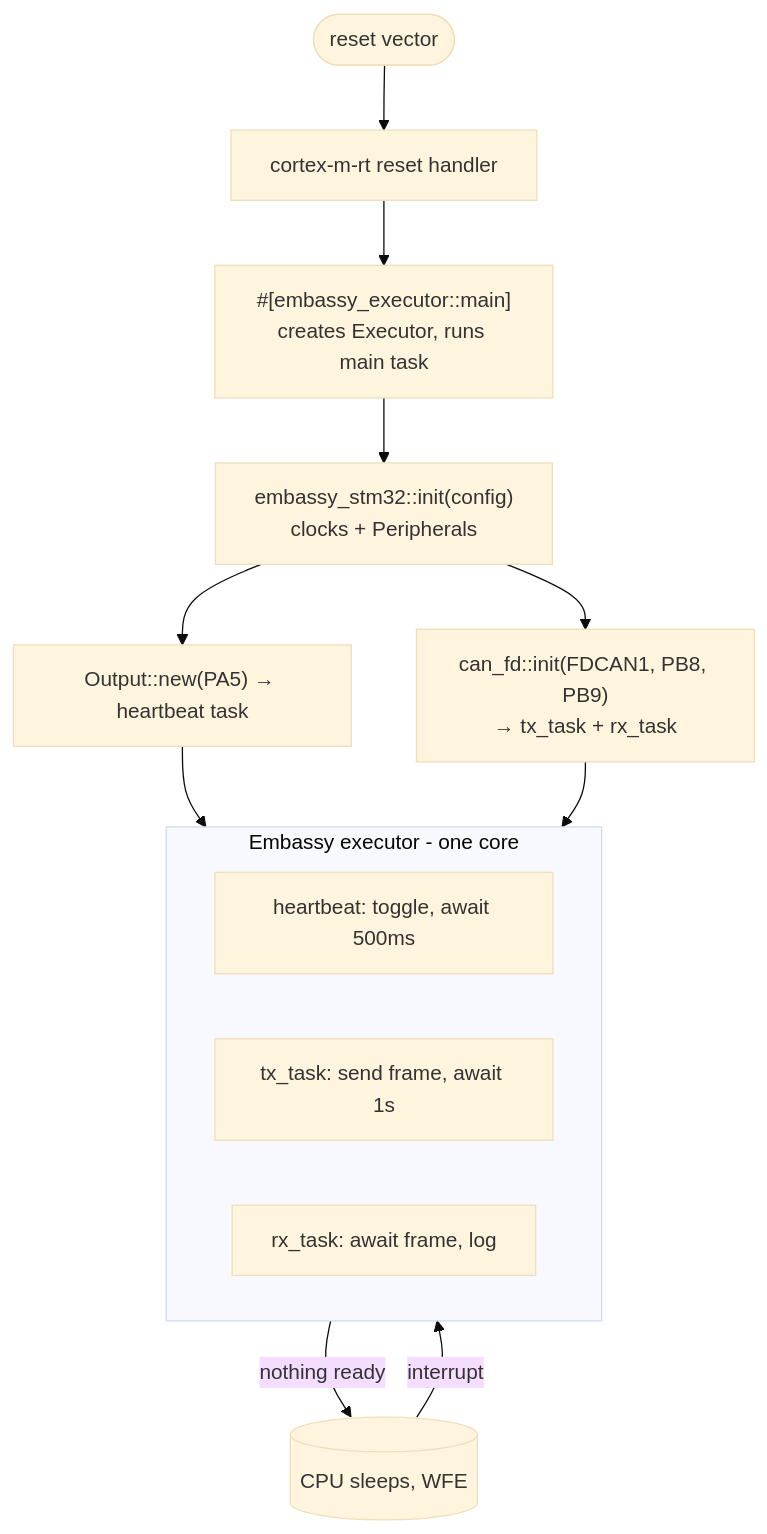
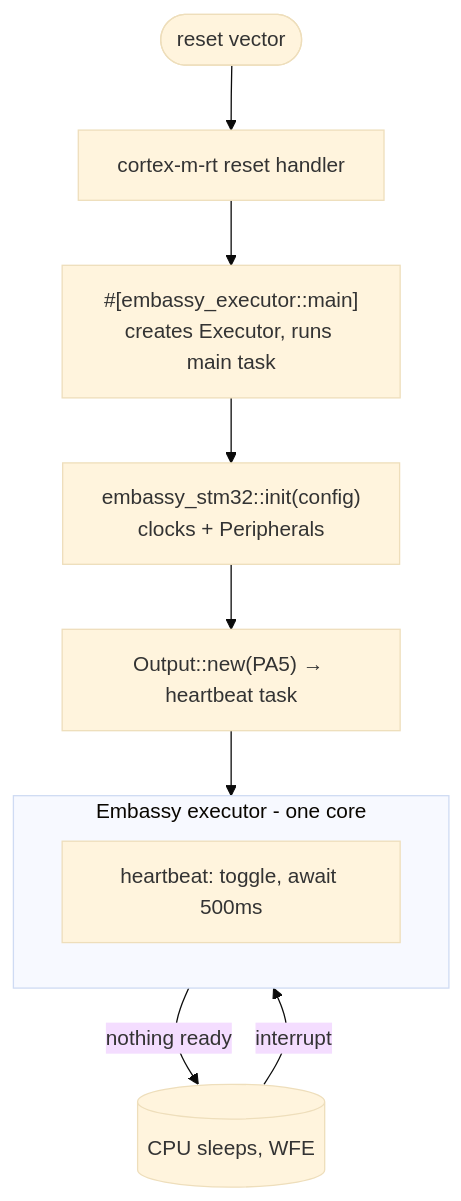
The second of 2 diagrams in docs/04-async-and-embassy.md (noherczeg/rt-learn), drawn with Mermaid (base theme) before and after one commit. The commit also changed other lines of this file and 17 other files, not shown here.

````diff
--- a/docs/04-async-and-embassy.md
+++ b/docs/04-async-and-embassy.md
@@ -227,17 +227,13 @@
 ```mermaid
 flowchart TD
     RESET([reset vector]) --> RT[cortex-m-rt reset handler]
     RT --> MAIN["#[embassy_executor::main]\ncreates Executor, runs main task"]
     MAIN --> INIT["embassy_stm32::init(config)\nclocks + Peripherals"]
     INIT --> LED["Output::new(PA5) → heartbeat task"]
-    INIT --> CAN["can_fd::init(FDCAN1, PB8, PB9)\n→ tx_task + rx_task"]
     LED --> EXEC
-    CAN --> EXEC
     subgraph EXEC[Embassy executor - one core]
       HB[heartbeat: toggle, await 500ms]
-      TXt[tx_task: send frame, await 1s]
-      RXt[rx_task: await frame, log]
     end
     EXEC -->|nothing ready| SLEEP[(CPU sleeps, WFE)]
     SLEEP -->|interrupt| EXEC
 ```
````
